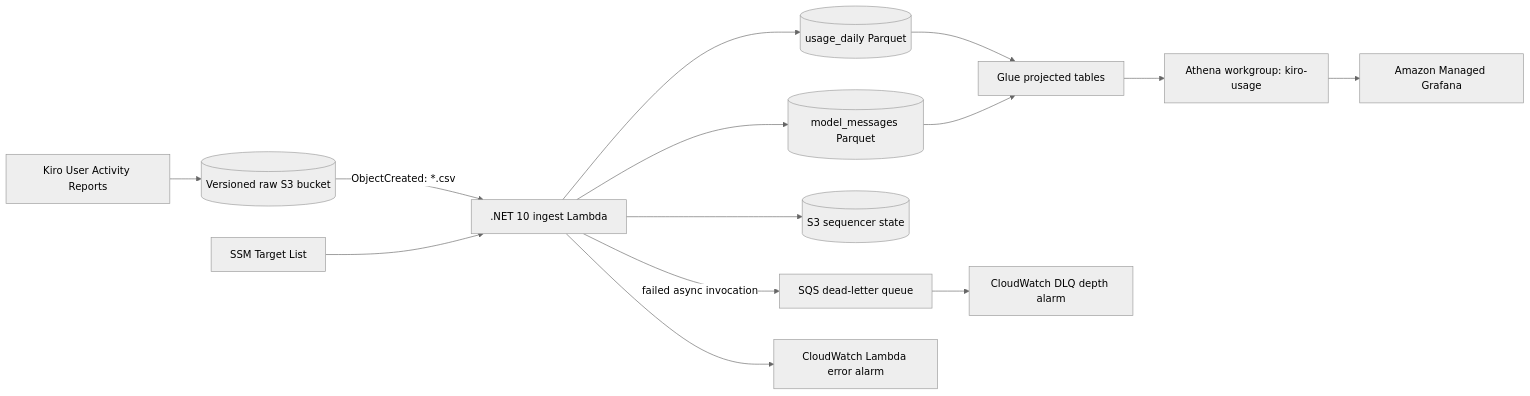
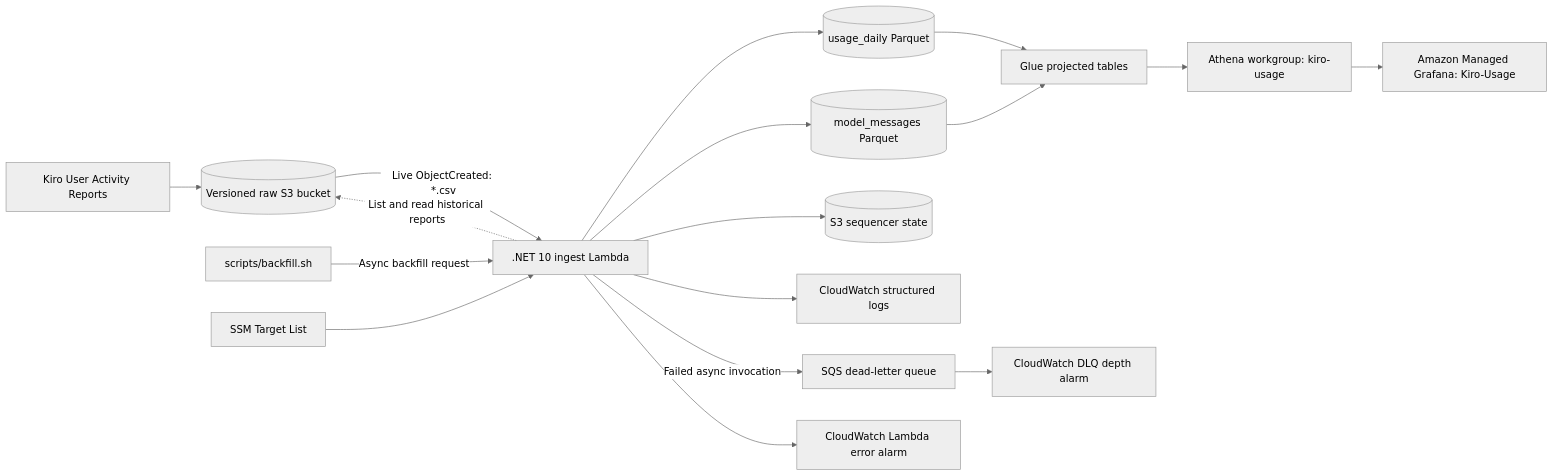
One commit to dwalleck/kiro-usage-pipeline changed the first of 2 diagrams in README.md. Above: the diagram before and after it, drawn with Mermaid (neutral theme). The commit also changed other lines of this file, not shown here.

Commit message:
docs: update README for Grafana spike reconciliation

````diff
--- a/README.md
+++ b/README.md
@@ -65,19 +69,22 @@
 ```mermaid
 flowchart LR
     Kiro[Kiro User Activity Reports] --> Raw[(Versioned raw S3 bucket)]
-    Raw -->|ObjectCreated: *.csv| Lambda[.NET 10 ingest Lambda]
+    Raw -->|Live ObjectCreated: *.csv| Lambda[.NET 10 ingest Lambda]
+    Backfill[scripts/backfill.sh] -->|Async backfill request| Lambda
+    Lambda -.->|List and read historical reports| Raw
     Target[SSM Target List] --> Lambda
 
     Lambda --> Usage[(usage_daily Parquet)]
     Lambda --> Models[(model_messages Parquet)]
     Lambda --> State[(S3 sequencer state)]
+    Lambda --> Logs[CloudWatch structured logs]
 
     Usage --> Glue[Glue projected tables]
     Models --> Glue
     Glue --> Athena[Athena workgroup: kiro-usage]
-    Athena --> Grafana[Amazon Managed Grafana]
+    Athena --> Grafana[Amazon Managed Grafana: Kiro-Usage]
 
-    Lambda -->|failed async invocation| DLQ[SQS dead-letter queue]
+    Lambda -->|Failed async invocation| DLQ[SQS dead-letter queue]
     Lambda --> Errors[CloudWatch Lambda error alarm]
     DLQ --> Depth[CloudWatch DLQ depth alarm]
 ```
````
